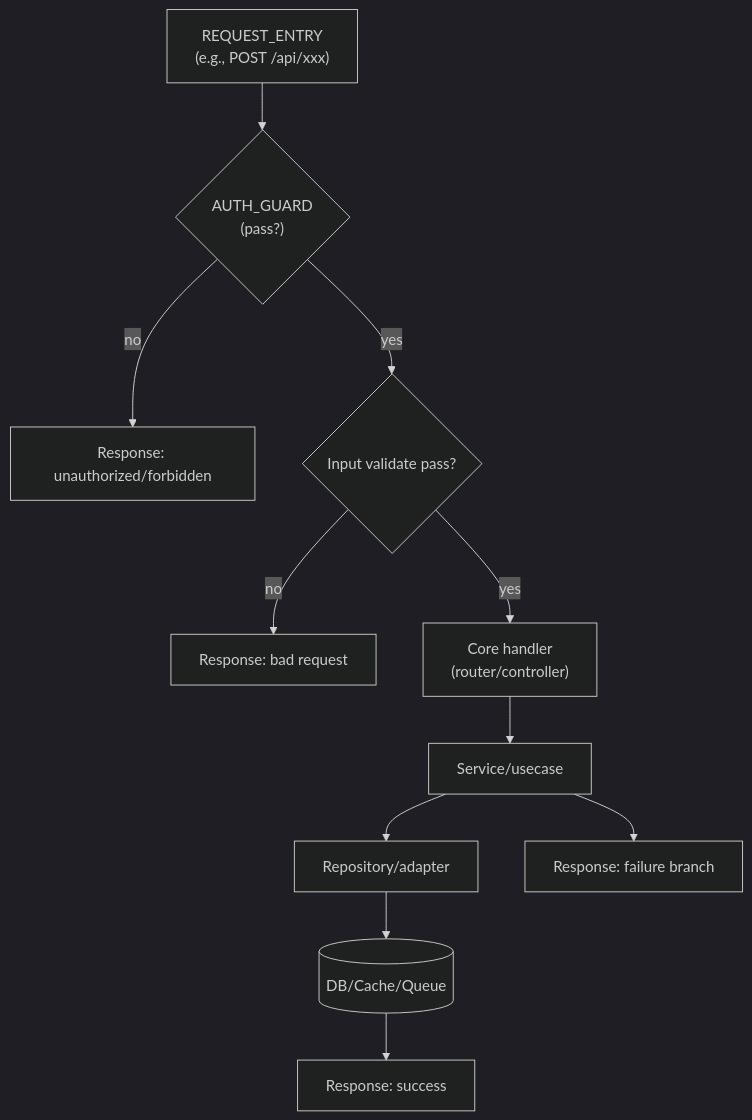
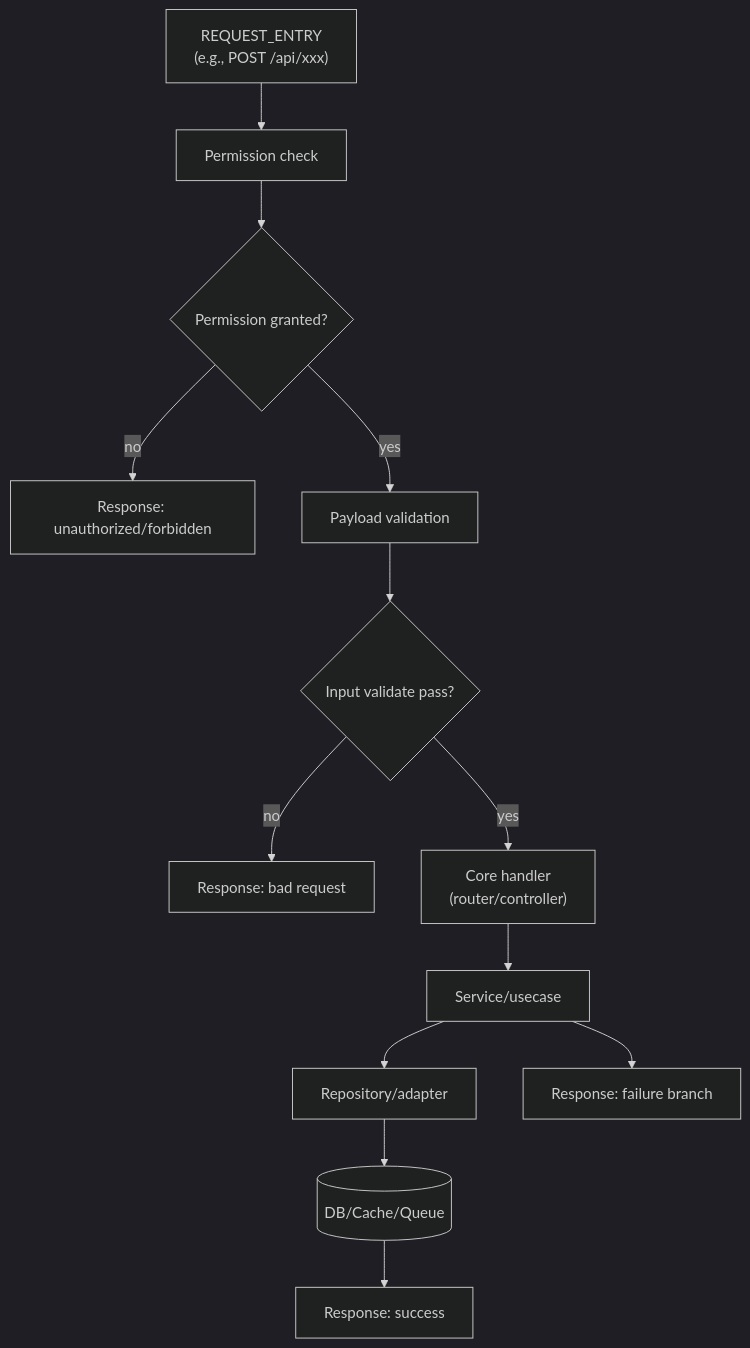
Before and after one commit to JeanphiloGong/Agents-spec: the diagram in agent-specs/engineering/skills/project-flowchart-template-skill/assets/templates/request-flow.mmd, drawn with Mermaid (dark theme). The commit also changed 7 other files, not shown here.

First line of the commit message:
docs(project-flowchart-template-skill): enforce node naming standard

```diff
--- a/agent-specs/engineering/skills/project-flowchart-template-skill/assets/templates/request-flow.mmd
+++ b/agent-specs/engineering/skills/project-flowchart-template-skill/assets/templates/request-flow.mmd
@@ -1,16 +1,18 @@
 %% Generic request handling template
 flowchart TD
-    REQUEST_ENTRY["REQUEST_ENTRY\n(e.g., POST /api/xxx)"] --> AUTH_GUARD{"AUTH_GUARD\n(pass?)"}
-    AUTH_GUARD -->|no| RESP_DENY["Response: unauthorized/forbidden"]
-    AUTH_GUARD -->|yes| VALIDATE{"Input validate pass?"}
+    entry_receive_request_create["REQUEST_ENTRY\n(e.g., POST /api/xxx)"] --> gate_verify_user_permission["Permission check"]
+    gate_verify_user_permission --> branch_verify_permission_granted{"Permission granted?"}
+    branch_verify_permission_granted -->|no| result_return_http_403_forbidden["Response: unauthorized/forbidden"]
+    branch_verify_permission_granted -->|yes| gate_verify_request_payload["Payload validation"]
 
-    VALIDATE -->|no| RESP_BADREQ["Response: bad request"]
-    VALIDATE -->|yes| HANDLER["Core handler\n(router/controller)"]
-    HANDLER --> SERVICE["Service/usecase"]
-    SERVICE --> REPO["Repository/adapter"]
-    REPO --> STORE[("DB/Cache/Queue")]
+    gate_verify_request_payload --> branch_verify_payload_valid{"Input validate pass?"}
+    branch_verify_payload_valid -->|no| result_return_http_400_bad_request["Response: bad request"]
+    branch_verify_payload_valid -->|yes| route_parse_request_handler["Core handler\n(router/controller)"]
+    route_parse_request_handler --> service_assemble_request_payload["Service/usecase"]
+    service_assemble_request_payload --> repo_upsert_request["Repository/adapter"]
+    repo_upsert_request --> store_upsert_request_primary[("DB/Cache/Queue")]
 
-    STORE --> RESP_OK["Response: success"]
-    SERVICE --> RESP_FAIL["Response: failure branch"]
+    store_upsert_request_primary --> result_return_http_200_success["Response: success"]
+    service_assemble_request_payload --> result_return_http_500_failure["Response: failure branch"]
 
     %% TODO(verify): replace placeholders with real file/function names
```
